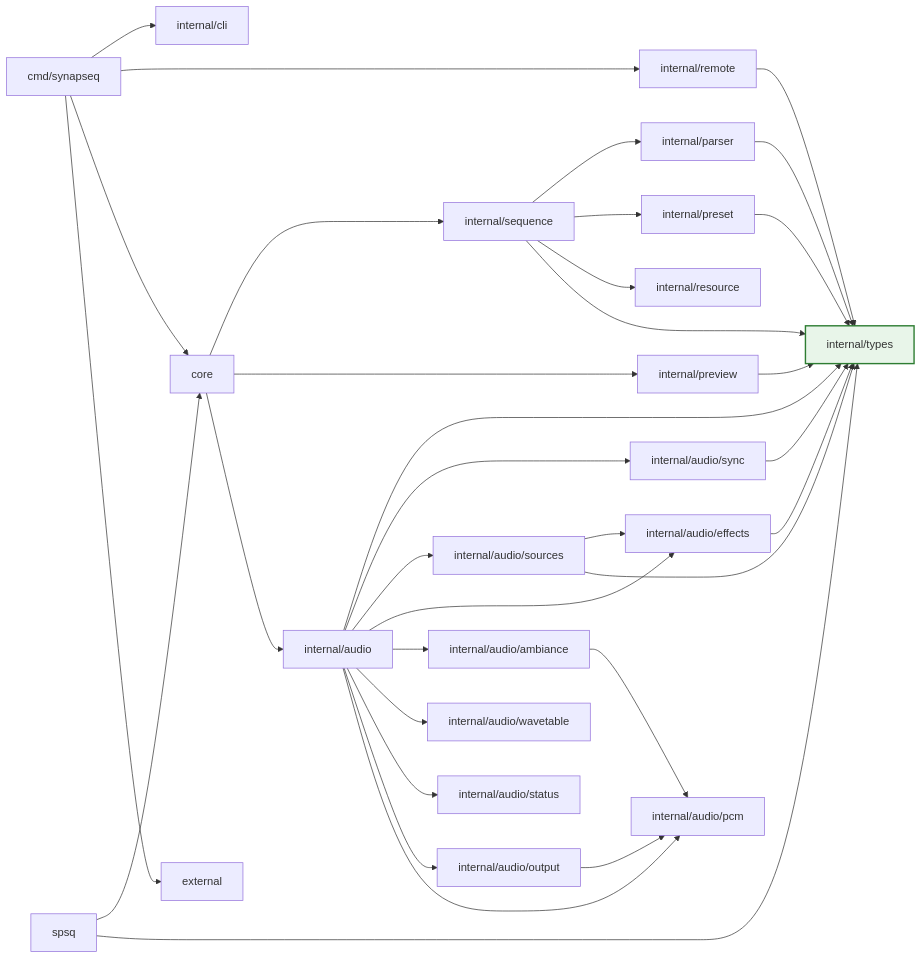
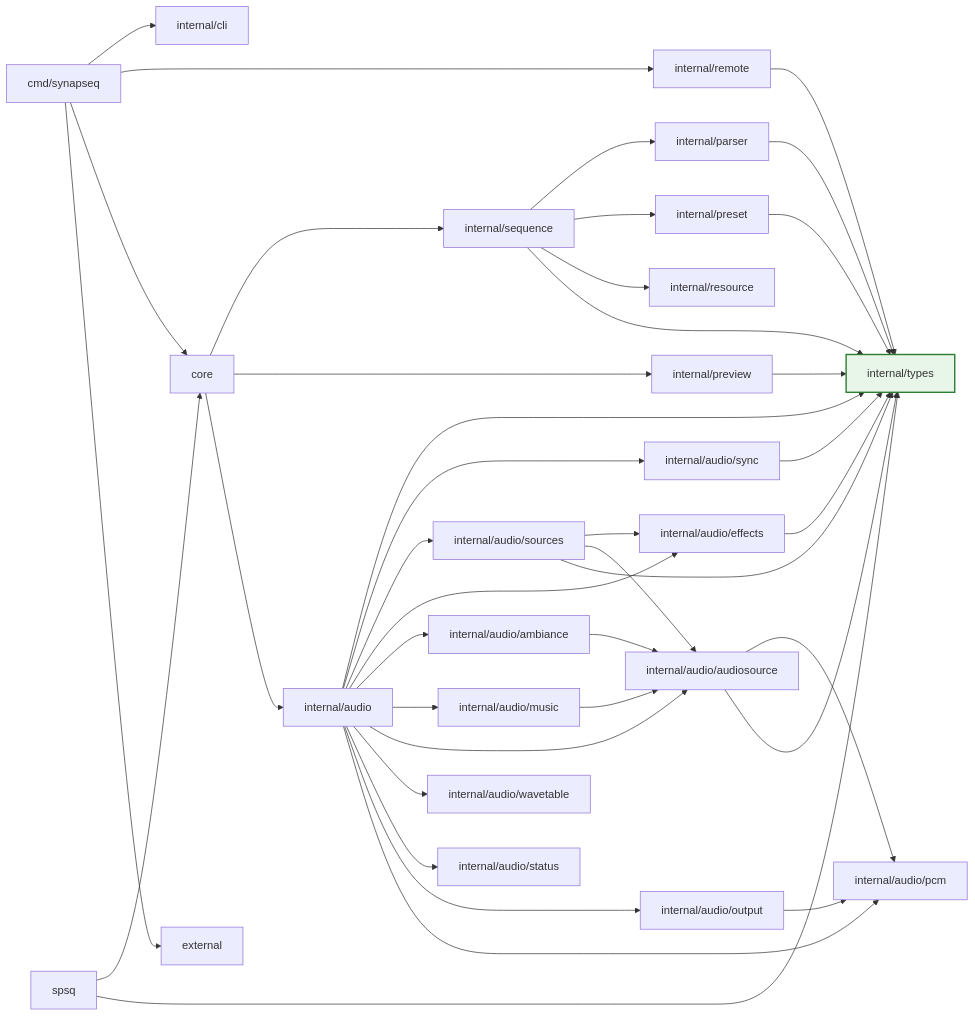
The second of 5 diagrams in docs/ARCHITECTURE.md (synapseq-foundation/synapseq), drawn with Mermaid before and after one commit. The commit also changed other lines of this file, not shown here.

Commit message:
docs: updated about music

````diff
--- a/docs/ARCHITECTURE.md
+++ b/docs/ARCHITECTURE.md
@@ -187,44 +189,50 @@
 ```mermaid
 flowchart LR
 	CMD[cmd/synapseq] --> CLI[internal/cli]
 	CMD --> REMOTE[internal/remote]
 	CMD --> CORE[core]
 	CMD --> EXT[external]
 	SPSQ[spsq] --> CORE
 	SPSQ --> TYPES
 
 	CORE --> SEQ[internal/sequence]
 	CORE --> PREVIEW[internal/preview]
 	CORE --> AUDIO[internal/audio]
 
 	SEQ --> PARSER[internal/parser]
 	SEQ --> PRESET[internal/preset]
 	SEQ --> RESOURCE[internal/resource]
 	SEQ --> TYPES[internal/types]
 
 	PARSER --> TYPES
 	PRESET --> TYPES
 	PREVIEW --> TYPES
 	AUDIO --> TYPES
 	REMOTE --> TYPES
 
 	AUDIO --> SYNC[internal/audio/sync]
 	AUDIO --> SOURCES[internal/audio/sources]
 	AUDIO --> EFFECTS[internal/audio/effects]
 	AUDIO --> AMB[internal/audio/ambiance]
+	AUDIO --> MUSIC[internal/audio/music]
+	AUDIO --> ASRC[internal/audio/audiosource]
 	AUDIO --> WAVETABLE[internal/audio/wavetable]
 	AUDIO --> STATUS[internal/audio/status]
 	AUDIO --> OUTPUT[internal/audio/output]
 	AUDIO --> PCM[internal/audio/pcm]
 
 	OUTPUT --> PCM
 	SOURCES --> EFFECTS
+	SOURCES --> ASRC
 	SOURCES --> TYPES
 	EFFECTS --> TYPES
 	SYNC --> TYPES
-	AMB --> PCM
+	AMB --> ASRC
+	MUSIC --> ASRC
+	ASRC --> PCM
+	ASRC --> TYPES
 
 	TYPES:::leaf
 
 	classDef leaf fill:#e8f5e9,stroke:#2e7d32,stroke-width:2px;
 ```
````
